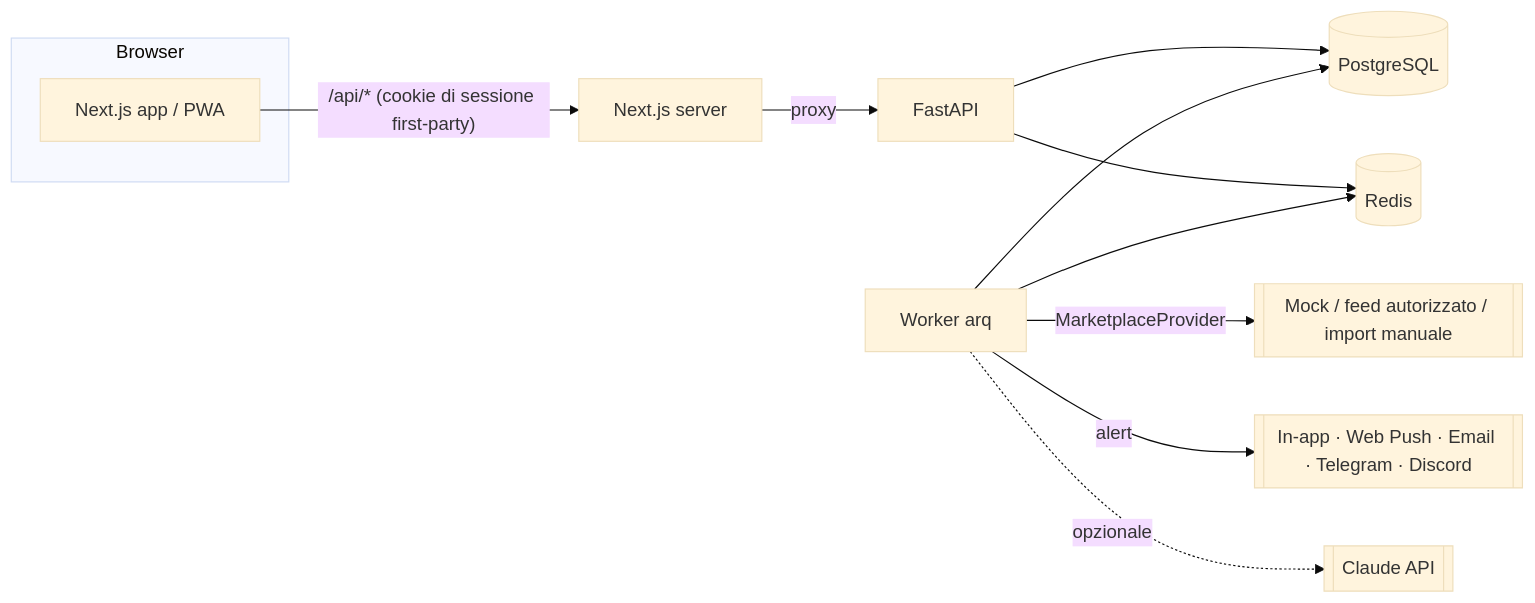
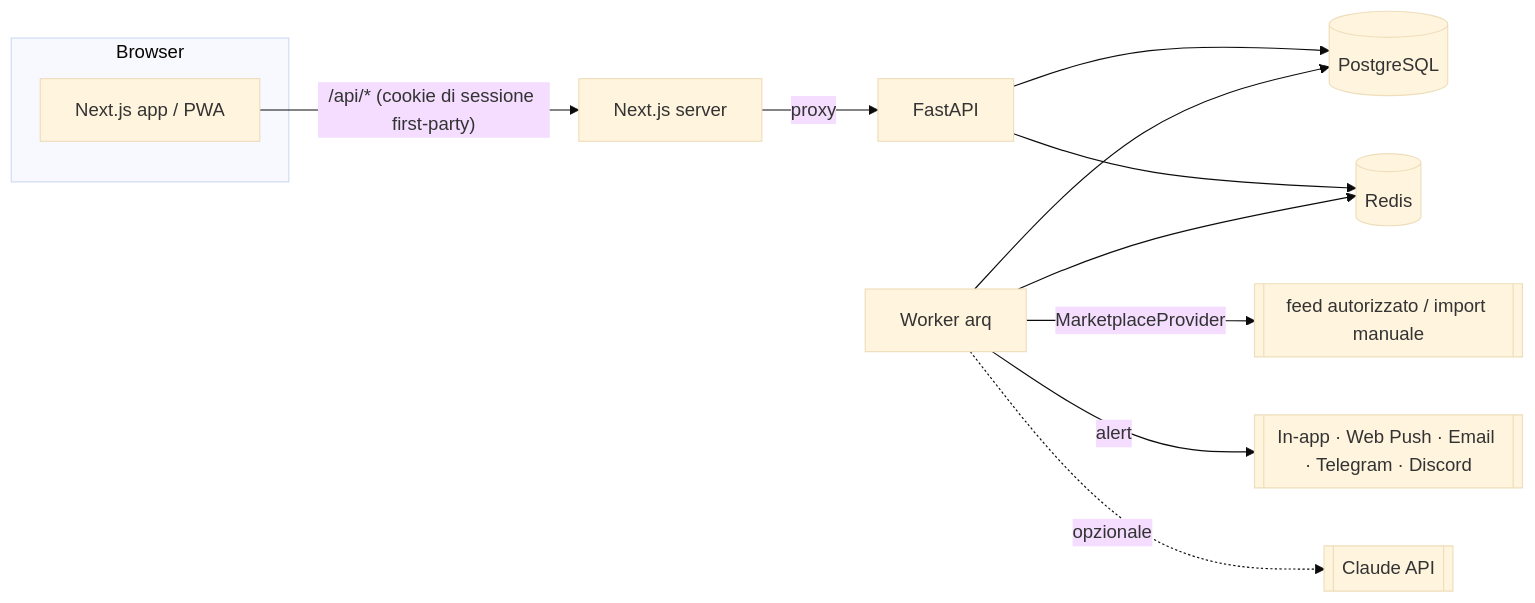
One commit to Frankekko0/Frankekko0 changed the second of 2 diagrams in README.md. Above: the diagram before and after it, drawn with Mermaid (base theme). The commit also changed other lines of this file and 58 other files, not shown here.

````diff
--- a/README.md
+++ b/README.md
@@ -247,15 +248,15 @@
 ```mermaid
 flowchart LR
   subgraph Browser
     UI[Next.js app / PWA]
   end
   UI -- "/api/* (cookie di sessione first-party)" --> FE[Next.js server]
   FE -- proxy --> API[FastAPI]
   API --> PG[(PostgreSQL)]
   API --> RD[(Redis)]
   W[Worker arq] --> PG
   W --> RD
-  W -- "MarketplaceProvider" --> SRC[[Mock / feed autorizzato / import manuale]]
+  W -- "MarketplaceProvider" --> SRC[[feed autorizzato / import manuale]]
   W -- alert --> CH[[In-app · Web Push · Email · Telegram · Discord]]
   W -. opzionale .-> AI[[Claude API]]
 ```
````
